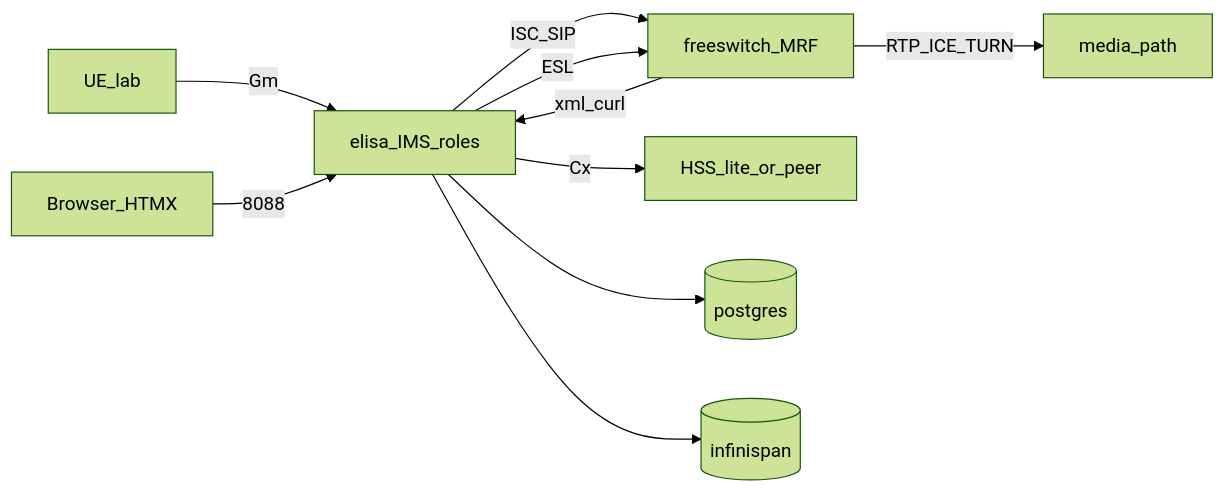
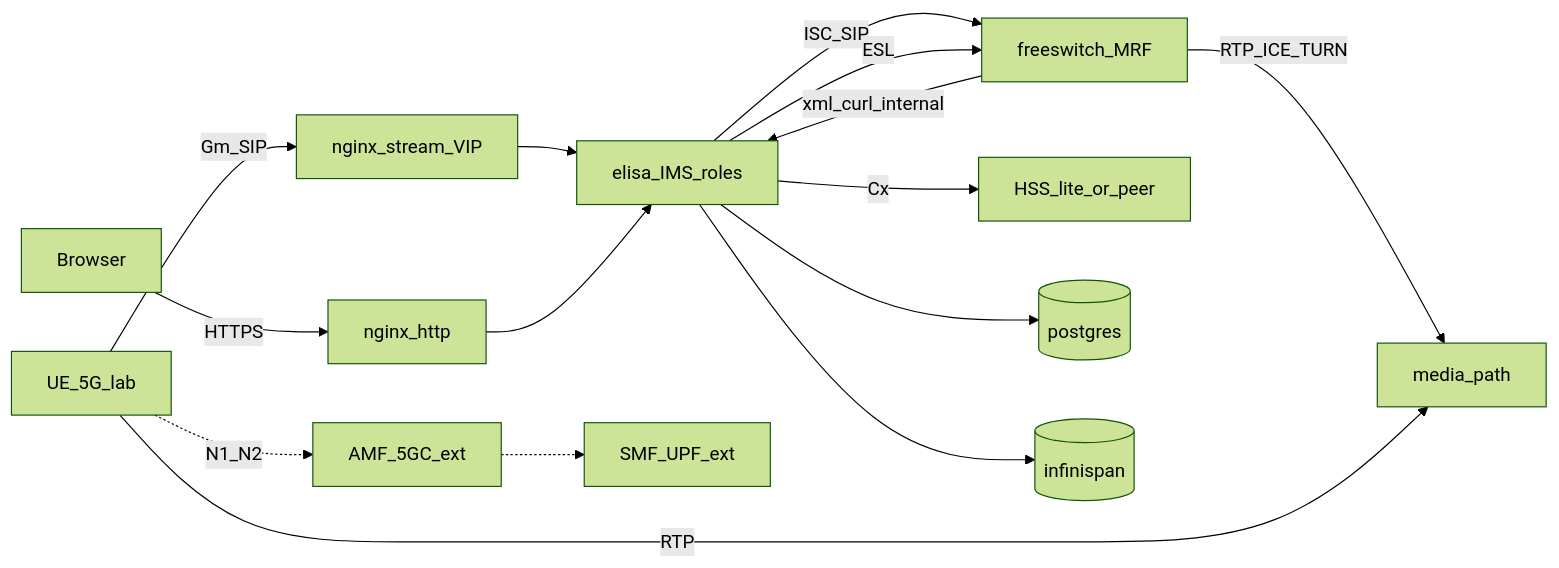
Before and after one commit to nhanth87/sip-freeswitch: the diagram in docs/agents/architecture.md, drawn with Mermaid (forest theme). The commit also changed other lines of this file and 40 other files, not shown here.

Commit message:
Add Elisa multi-service IMS deploy, charging ICID, and nginx edge docs.

````diff
--- a/docs/agents/architecture.md
+++ b/docs/agents/architecture.md
@@ -7,12 +7,17 @@
 ```mermaid
 flowchart LR
-  UE[UE_lab] -->|Gm| Elisa[elisa_IMS_roles]
+  UE[UE_5G_lab] -->|Gm_SIP| NGX[nginx_stream_VIP]
+  Admin[Browser] -->|HTTPS| NGX_H[nginx_http]
+  NGX --> Elisa[elisa_IMS_roles]
+  NGX_H --> Elisa
+  UE -.->|N1_N2| AMF[AMF_5GC_ext]
+  AMF -.-> SMF[SMF_UPF_ext]
   Elisa -->|ISC_SIP| FS[freeswitch_MRF]
   Elisa -->|ESL| FS
   Elisa -->|Cx| HSS[HSS_lite_or_peer]
   FS -->|RTP_ICE_TURN| Media[media_path]
-  FS -->|xml_curl| Elisa
+  UE -->|RTP| Media
+  FS -->|xml_curl_internal| Elisa
   Elisa --> PG[(postgres)]
   Elisa --> ISPN[(infinispan)]
-  Admin[Browser_HTMX] -->|8088| Elisa
 ```
````
